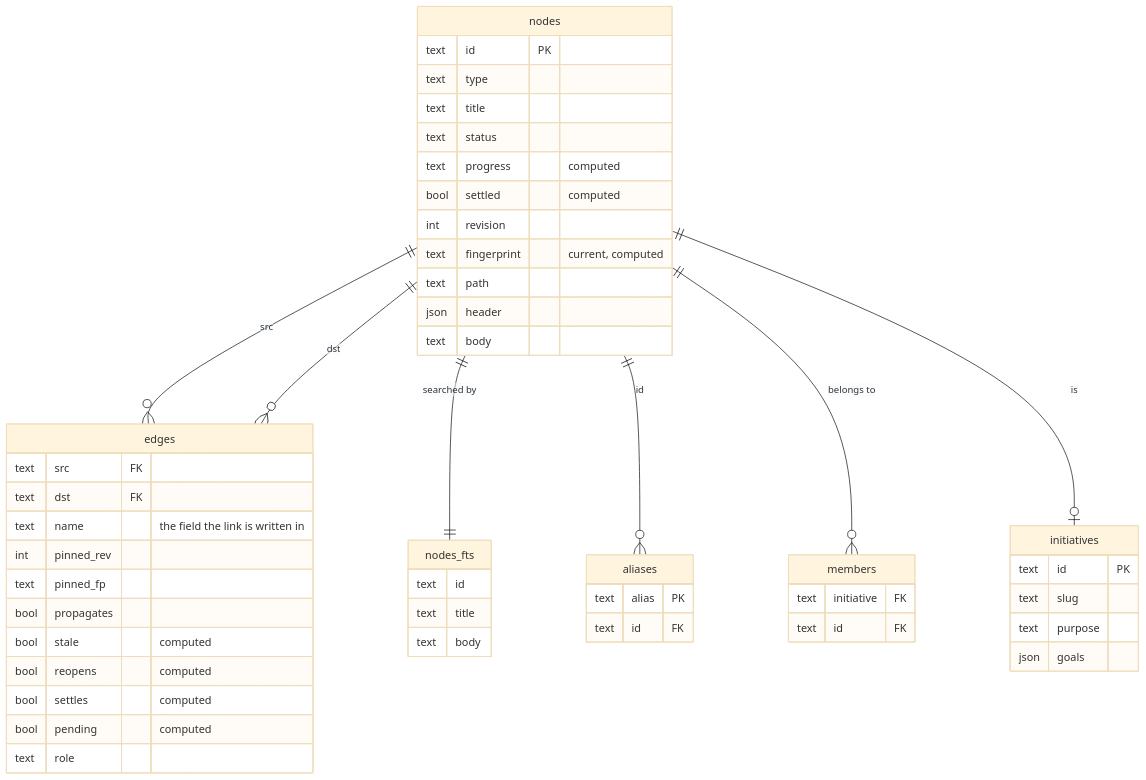
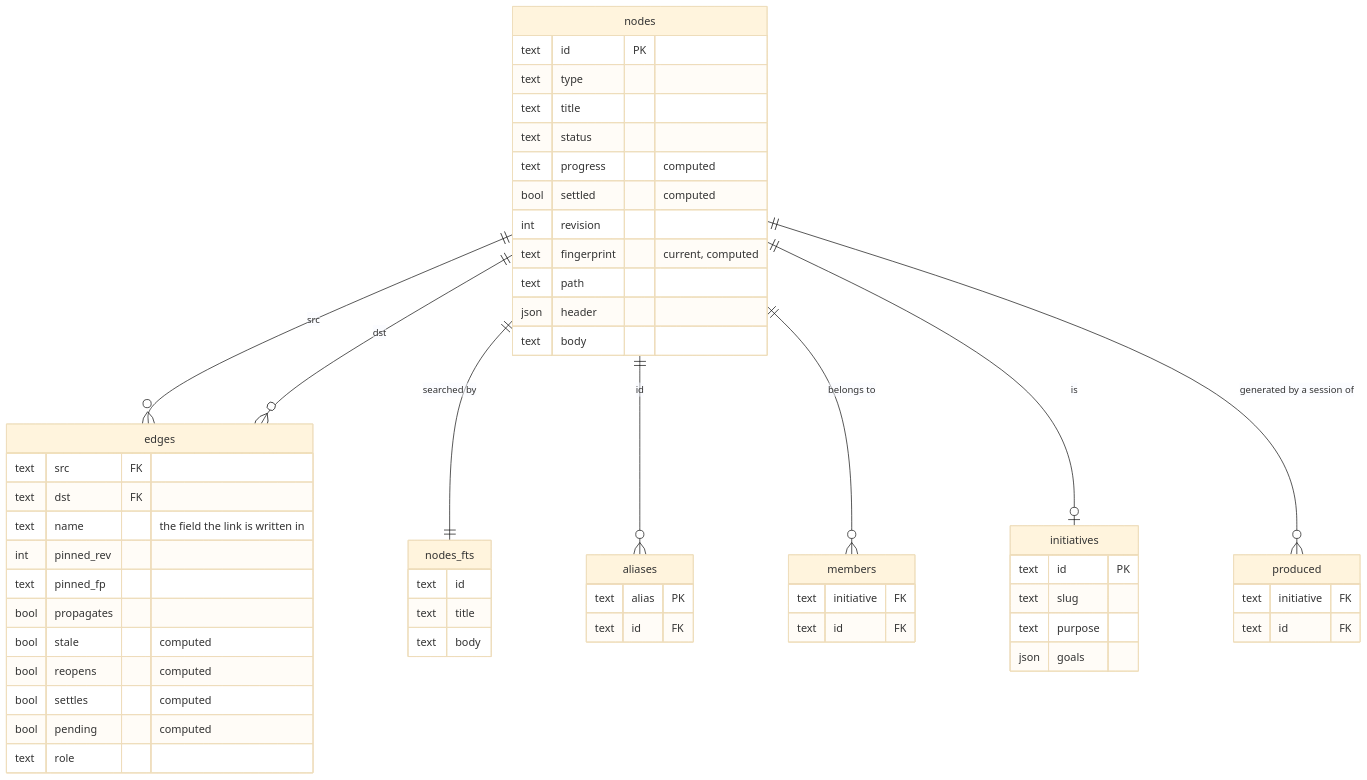
One commit to andycondon/loremason changed the diagram in docs/context-graph/03-implementation.md. Above: the diagram before and after it, drawn with Mermaid (base theme). The commit also changed other lines of this file and 40 other files, not shown here.

````diff
--- a/docs/context-graph/03-implementation.md
+++ b/docs/context-graph/03-implementation.md
@@ -284,54 +284,59 @@
 ```mermaid
 erDiagram
   nodes ||--o{ edges : "src"
   nodes ||--o{ edges : "dst"
   nodes ||--|| nodes_fts : "searched by"
   nodes ||--o{ aliases : "id"
   nodes ||--o{ members : "belongs to"
   nodes ||--o| initiatives : "is"
+  nodes ||--o{ produced : "generated by a session of"
   nodes {
     text id PK
     text type
     text title
     text status
     text progress "computed"
     bool settled "computed"
     int revision
     text fingerprint "current, computed"
     text path
     json header
     text body
   }
   edges {
     text src FK
     text dst FK
     text name "the field the link is written in"
     int pinned_rev
     text pinned_fp
     bool propagates
     bool stale "computed"
     bool reopens "computed"
     bool settles "computed"
     bool pending "computed"
     text role
   }
   members {
     text initiative FK
     text id FK
   }
   initiatives {
     text id PK
     text slug
     text purpose
     json goals
   }
+  produced {
+    text initiative FK
+    text id FK
+  }
   aliases {
     text alias PK
     text id FK
   }
   nodes_fts {
     text id
     text title
     text body
   }
 ```
````
